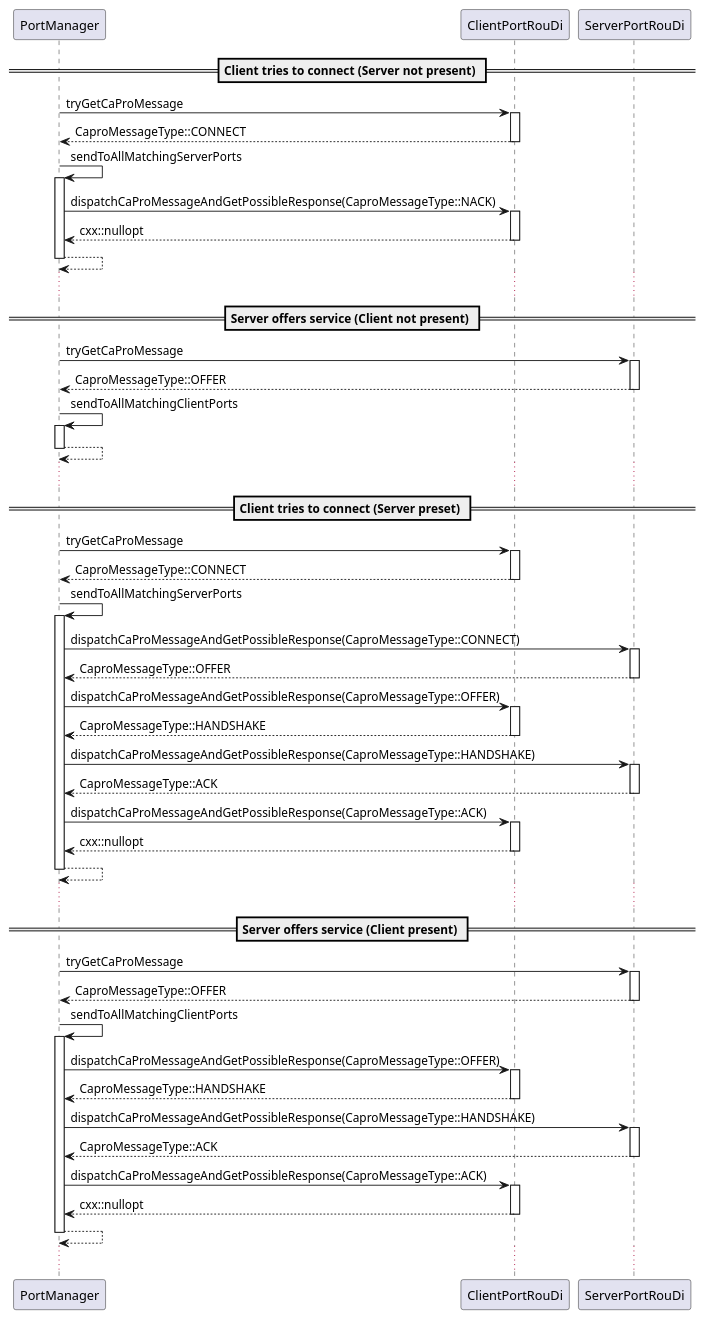
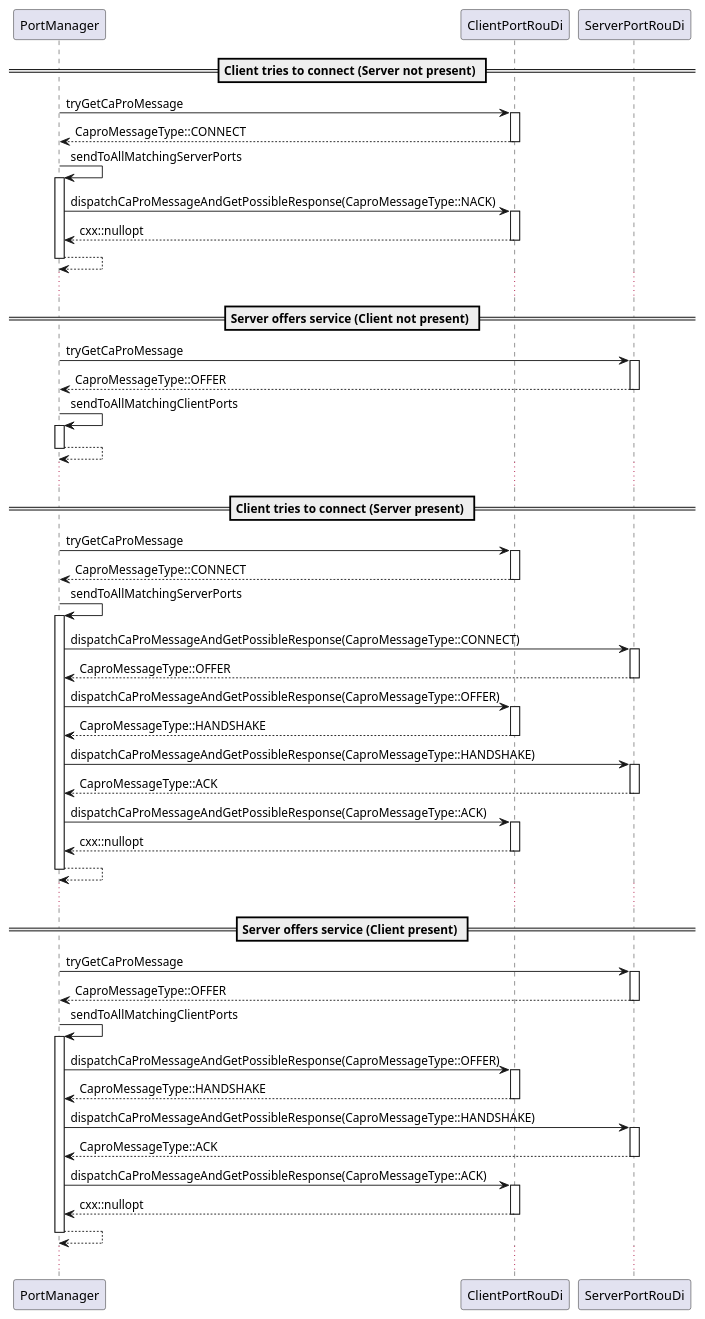
Before and after one commit to eclipse-iceoryx/iceoryx: the diagram in doc/design/diagrams/request_response/client_and_server_service_discovery.puml, drawn with PlantUML. The commit also changed 1 other file, not shown here.

```diff
--- a/doc/design/diagrams/request_response/client_and_server_service_discovery.puml
+++ b/doc/design/diagrams/request_response/client_and_server_service_discovery.puml
@@ -1,71 +1,71 @@
 @startuml
 
 == Client tries to connect (Server not present) ==
 
 PortManager -> ClientPortRouDi ++ : tryGetCaProMessage
 return CaproMessageType::CONNECT
 
 PortManager -> PortManager ++ : sendToAllMatchingServerPorts
 
 PortManager -> ClientPortRouDi ++ : dispatchCaProMessageAndGetPossibleResponse(CaproMessageType::NACK)
 return cxx::nullopt
 
 return
 
 ...
 
 == Server offers service (Client not present) ==
 
 PortManager -> ServerPortRouDi ++ : tryGetCaProMessage
 return CaproMessageType::OFFER
 
 PortManager -> PortManager ++ : sendToAllMatchingClientPorts
 
 return
 
 ...
 
-== Client tries to connect (Server preset) ==
+== Client tries to connect (Server present) ==
 
 PortManager -> ClientPortRouDi ++ : tryGetCaProMessage
 return CaproMessageType::CONNECT
 
 PortManager -> PortManager ++ : sendToAllMatchingServerPorts
 
 PortManager -> ServerPortRouDi ++ : dispatchCaProMessageAndGetPossibleResponse(CaproMessageType::CONNECT)
 return CaproMessageType::OFFER
 
 PortManager -> ClientPortRouDi ++ : dispatchCaProMessageAndGetPossibleResponse(CaproMessageType::OFFER)
 return CaproMessageType::HANDSHAKE
 
 PortManager -> ServerPortRouDi ++ : dispatchCaProMessageAndGetPossibleResponse(CaproMessageType::HANDSHAKE)
 return CaproMessageType::ACK
 
 PortManager -> ClientPortRouDi ++ : dispatchCaProMessageAndGetPossibleResponse(CaproMessageType::ACK)
 return cxx::nullopt
 
 return
 
 ...
 
 == Server offers service (Client present) ==
 
 PortManager -> ServerPortRouDi ++ : tryGetCaProMessage
 return CaproMessageType::OFFER
 
 PortManager -> PortManager ++ : sendToAllMatchingClientPorts
 
 PortManager -> ClientPortRouDi ++ : dispatchCaProMessageAndGetPossibleResponse(CaproMessageType::OFFER)
 return CaproMessageType::HANDSHAKE
 
 PortManager -> ServerPortRouDi ++ : dispatchCaProMessageAndGetPossibleResponse(CaproMessageType::HANDSHAKE)
 return CaproMessageType::ACK
 
 PortManager -> ClientPortRouDi ++ : dispatchCaProMessageAndGetPossibleResponse(CaproMessageType::ACK)
 return cxx::nullopt
 
 return
 
 ...
 
 @enduml
```
